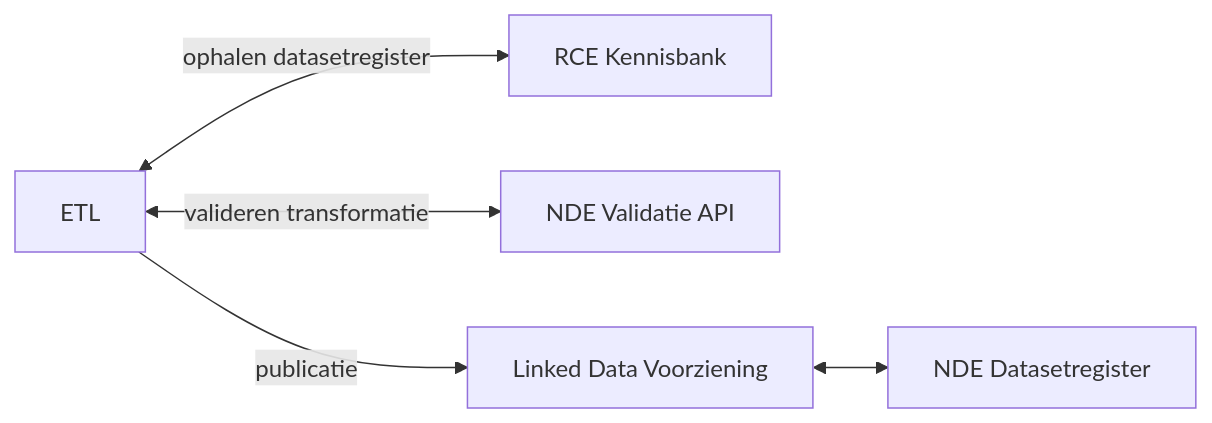
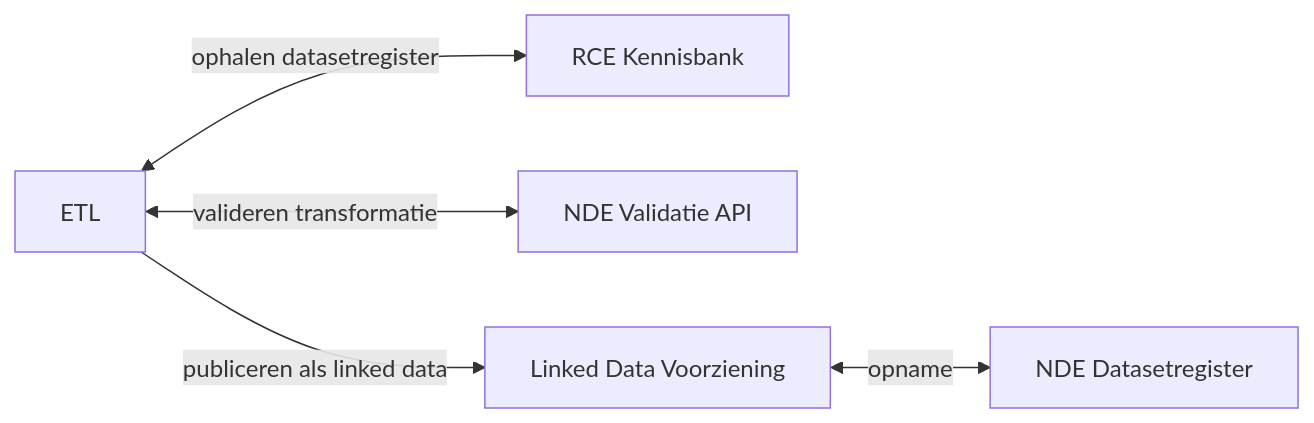
Before and after one commit to cultureelerfgoed/datacatalog-etl: the diagram in README.md, drawn with Mermaid. The commit also changed 1 other file, not shown here.

Commit message:
Label change.

````diff
--- a/README.md
+++ b/README.md
@@ -8,7 +8,7 @@
 ```mermaid
 graph LR;
     ETL<--"ophalen datasetregister"-->kb[RCE Kennisbank];
     ETL<--"valideren transformatie"-->vl[NDE Validatie API];
-    ETL--"publicatie"-->ldv[Linked Data Voorziening];
-    ldv<-->nde[NDE Datasetregister];
+    ETL--"publiceren als linked data"-->ldv[Linked Data Voorziening];
+    ldv<--"opname"-->nde[NDE Datasetregister];
 ```
````
